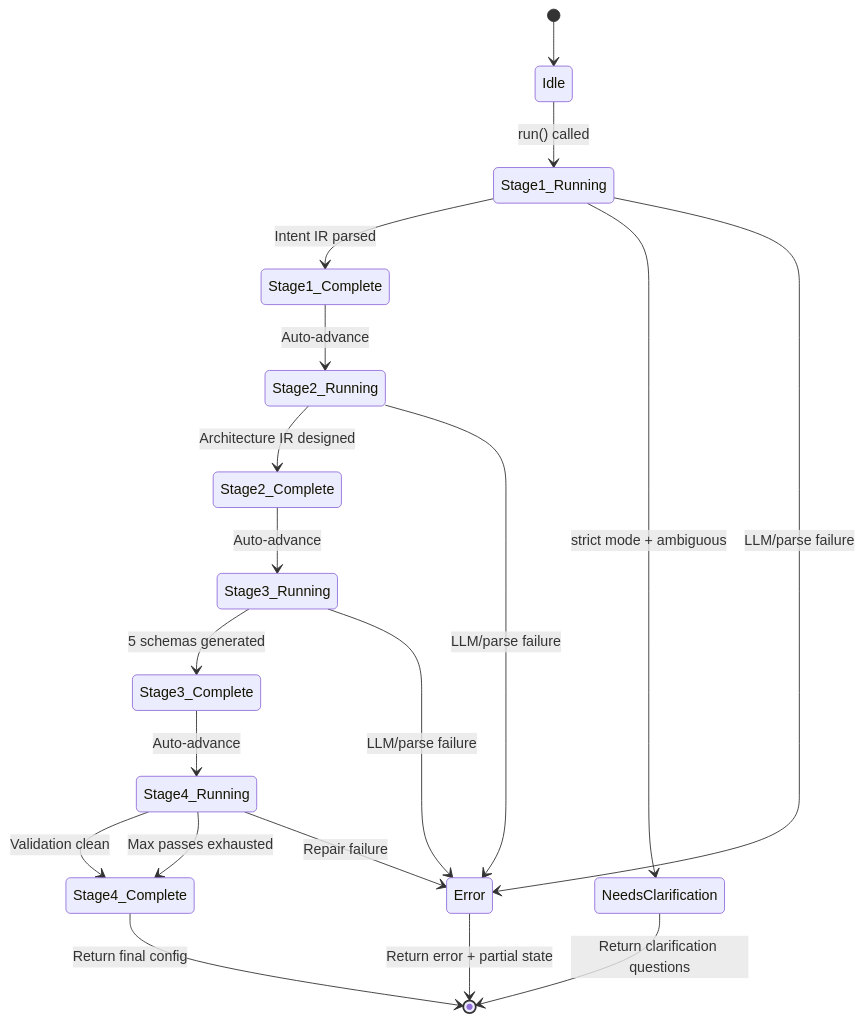
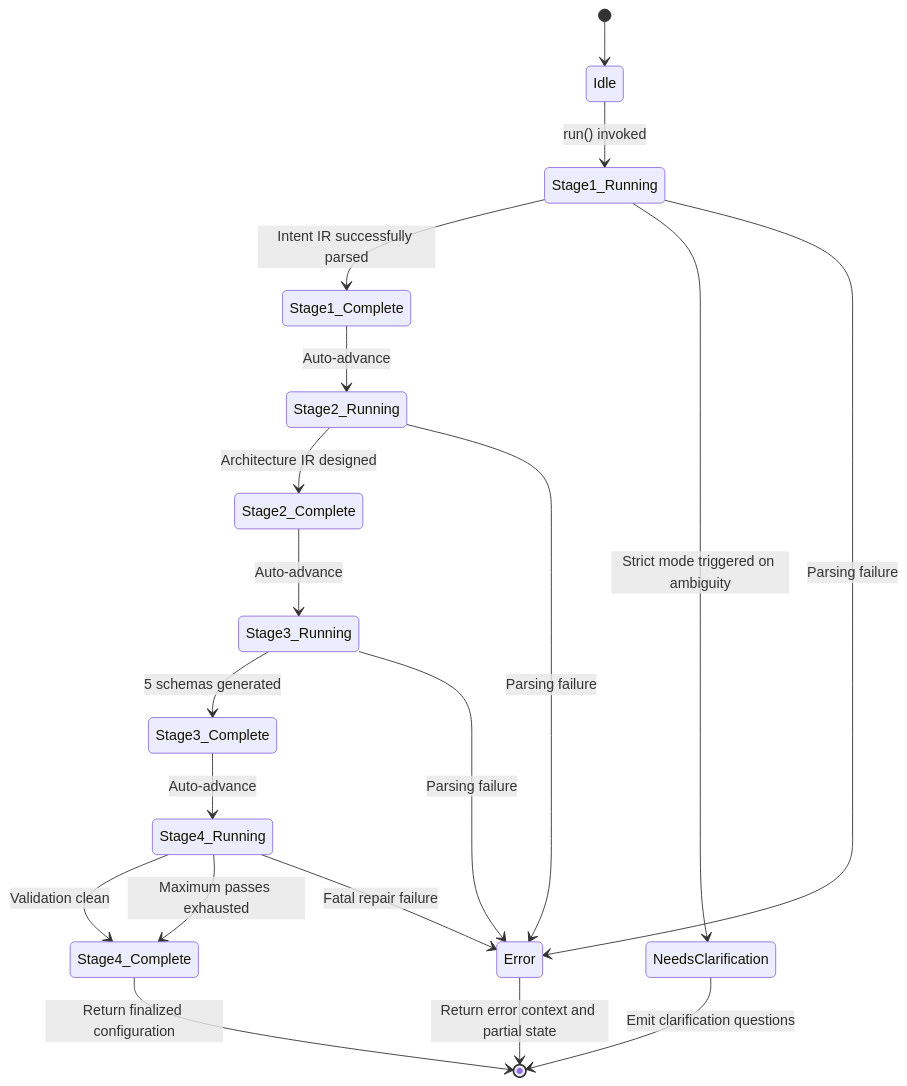
One commit to notsooamit/app-compiler changed the sixth of 19 diagrams in SOFTWARE_ARCHITECTURE.md. Above: the diagram before and after it, drawn with Mermaid. The commit also changed other lines of this file and 2 other files, not shown here.

````diff
--- a/SOFTWARE_ARCHITECTURE.md
+++ b/SOFTWARE_ARCHITECTURE.md
@@ -359,28 +337,28 @@
 ```mermaid
 stateDiagram-v2
     [*] --> Idle
     
-    Idle --> Stage1_Running: run() called
+    Idle --> Stage1_Running: run() invoked
     
-    Stage1_Running --> Stage1_Complete: Intent IR parsed
-    Stage1_Running --> NeedsClarification: strict mode + ambiguous
-    Stage1_Running --> Error: LLM/parse failure
+    Stage1_Running --> Stage1_Complete: Intent IR successfully parsed
+    Stage1_Running --> NeedsClarification: Strict mode triggered on ambiguity
+    Stage1_Running --> Error: Parsing failure
     
-    NeedsClarification --> [*]: Return clarification questions
+    NeedsClarification --> [*]: Emit clarification questions
     
     Stage1_Complete --> Stage2_Running: Auto-advance
     Stage2_Running --> Stage2_Complete: Architecture IR designed
-    Stage2_Running --> Error: LLM/parse failure
+    Stage2_Running --> Error: Parsing failure
     
     Stage2_Complete --> Stage3_Running: Auto-advance
     Stage3_Running --> Stage3_Complete: 5 schemas generated
-    Stage3_Running --> Error: LLM/parse failure
+    Stage3_Running --> Error: Parsing failure
     
     Stage3_Complete --> Stage4_Running: Auto-advance
     Stage4_Running --> Stage4_Complete: Validation clean
-    Stage4_Running --> Stage4_Complete: Max passes exhausted
-    Stage4_Running --> Error: Repair failure
+    Stage4_Running --> Stage4_Complete: Maximum passes exhausted
+    Stage4_Running --> Error: Fatal repair failure
     
-    Stage4_Complete --> [*]: Return final config
-    Error --> [*]: Return error + partial state
+    Stage4_Complete --> [*]: Return finalized configuration
+    Error --> [*]: Return error context and partial state
 ```
````
